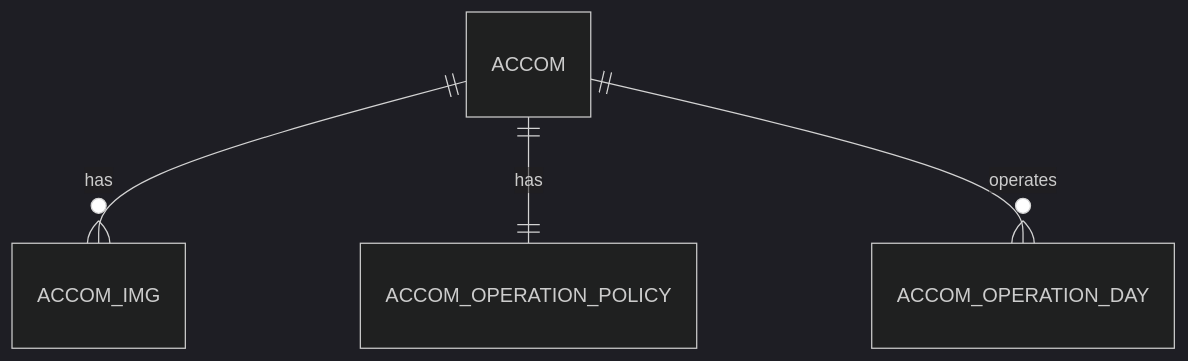
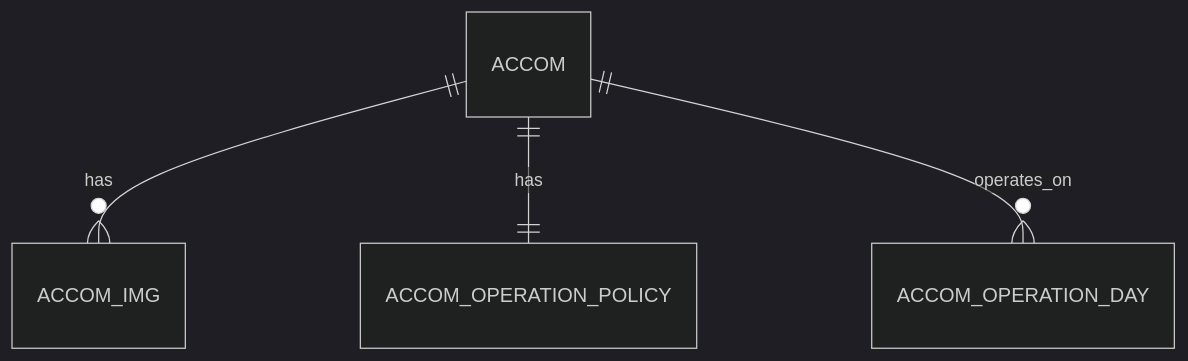
Before and after one commit to rynne4976-art/Accommodation: the third of 3 diagrams in README.md, drawn with Mermaid (dark theme). The commit also changed other lines of this file, not shown here.

````diff
--- a/README.md
+++ b/README.md
@@ -231,6 +275,6 @@
 ```mermaid
 erDiagram
     ACCOM ||--o{ ACCOM_IMG : has
     ACCOM ||--|| ACCOM_OPERATION_POLICY : has
-    ACCOM ||--o{ ACCOM_OPERATION_DAY : operates
+    ACCOM ||--o{ ACCOM_OPERATION_DAY : operates_on
 ```
````
